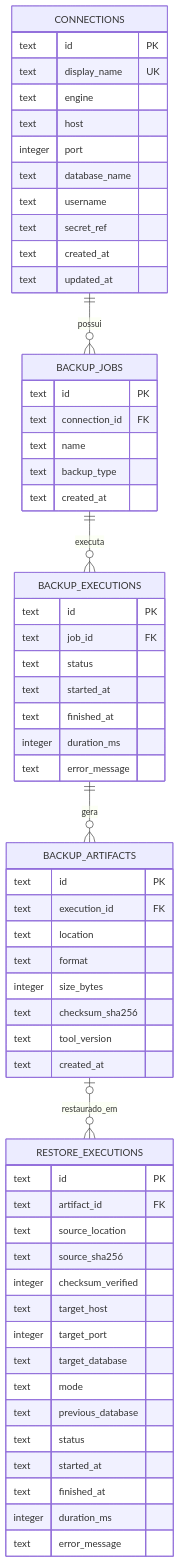
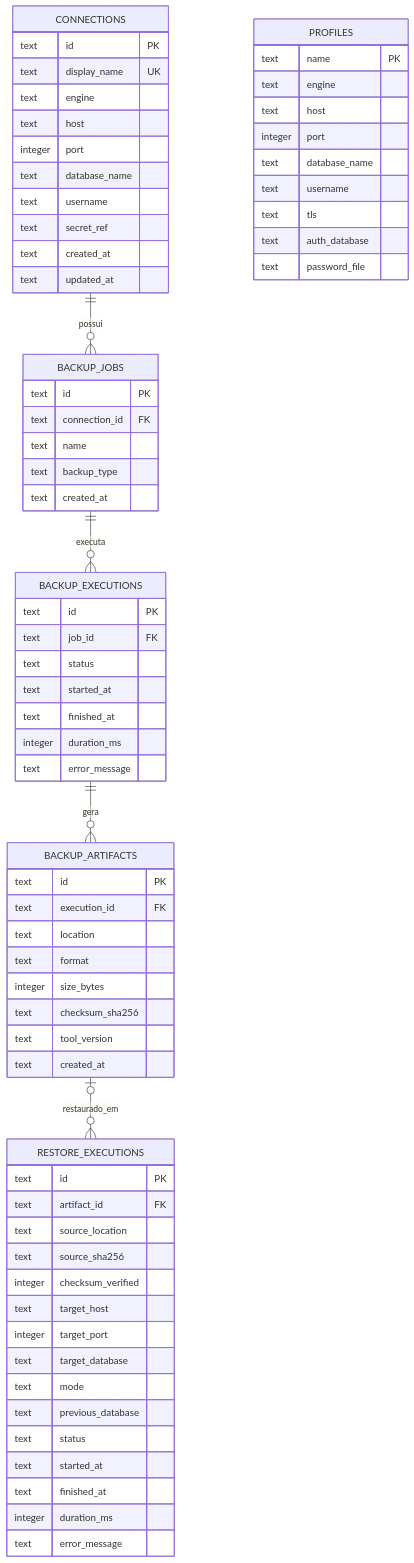
Before and after one commit to aqu1no1/database-backup-utility: the diagram in docs/diagramas/modelo-de-dados.md, drawn with Mermaid. The commit also changed other lines of this file and 6 other files, not shown here.

````diff
--- a/docs/diagramas/modelo-de-dados.md
+++ b/docs/diagramas/modelo-de-dados.md
@@ -6,62 +6,73 @@
 ```mermaid
 erDiagram
     CONNECTIONS ||--o{ BACKUP_JOBS : possui
     BACKUP_JOBS ||--o{ BACKUP_EXECUTIONS : executa
     BACKUP_EXECUTIONS ||--o{ BACKUP_ARTIFACTS : gera
     BACKUP_ARTIFACTS |o--o{ RESTORE_EXECUTIONS : restaurado_em
     CONNECTIONS {
         text id PK
         text display_name UK
         text engine
         text host
         integer port
         text database_name
         text username
         text secret_ref
         text created_at
         text updated_at
     }
     BACKUP_JOBS {
         text id PK
         text connection_id FK
         text name
         text backup_type
         text created_at
     }
     BACKUP_EXECUTIONS {
         text id PK
         text job_id FK
         text status
         text started_at
         text finished_at
         integer duration_ms
         text error_message
     }
     BACKUP_ARTIFACTS {
         text id PK
         text execution_id FK
         text location
         text format
         integer size_bytes
         text checksum_sha256
         text tool_version
         text created_at
     }
     RESTORE_EXECUTIONS {
         text id PK
         text artifact_id FK
         text source_location
         text source_sha256
         integer checksum_verified
         text target_host
         integer target_port
         text target_database
         text mode
         text previous_database
         text status
         text started_at
         text finished_at
         integer duration_ms
         text error_message
     }
+    PROFILES {
+        text name PK
+        text engine
+        text host
+        integer port
+        text database_name
+        text username
+        text tls
+        text auth_database
+        text password_file
+    }
 ```
````
